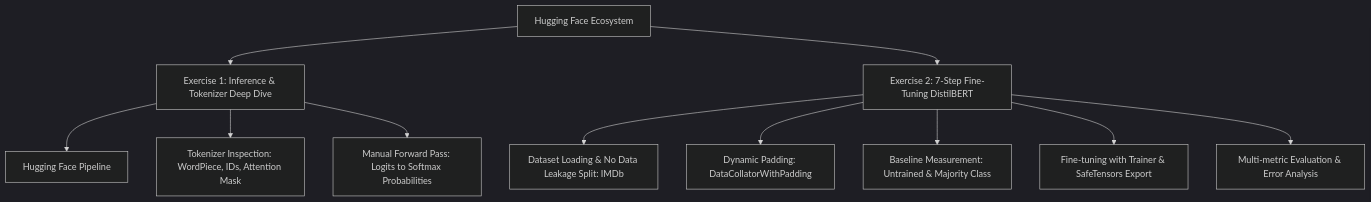
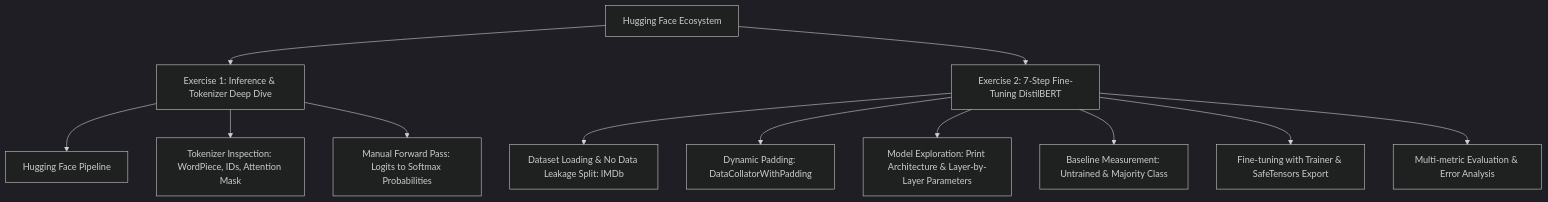
The diagram in docs/labs3-description.md (nguyenthinhuy04062006-droid/DL_lab3), drawn with Mermaid (dark theme) before and after one commit. The commit also changed other lines of this file and 4 other files, not shown here.

Commit message:
docs: enrich model selection rationale and implement Step 3 explore model architecture

````diff
--- a/docs/labs3-description.md
+++ b/docs/labs3-description.md
@@ -13,13 +13,14 @@
 ```mermaid
 graph TD
     A[Hugging Face Ecosystem] --> B[Exercise 1: Inference & Tokenizer Deep Dive]
     A --> C[Exercise 2: 7-Step Fine-Tuning DistilBERT]
     B --> B1[Hugging Face Pipeline]
     B --> B2[Tokenizer Inspection: WordPiece, IDs, Attention Mask]
     B --> B3[Manual Forward Pass: Logits to Softmax Probabilities]
     C --> C1[Dataset Loading & No Data Leakage Split: IMDb]
     C --> C2[Dynamic Padding: DataCollatorWithPadding]
-    C --> C3[Baseline Measurement: Untrained & Majority Class]
-    C --> C4[Fine-tuning with Trainer & SafeTensors Export]
-    C --> C5[Multi-metric Evaluation & Error Analysis]
+    C --> C3[Model Exploration: Print Architecture & Layer-by-Layer Parameters]
+    C --> C4[Baseline Measurement: Untrained & Majority Class]
+    C --> C5[Fine-tuning with Trainer & SafeTensors Export]
+    C --> C6[Multi-metric Evaluation & Error Analysis]
 ```
````
